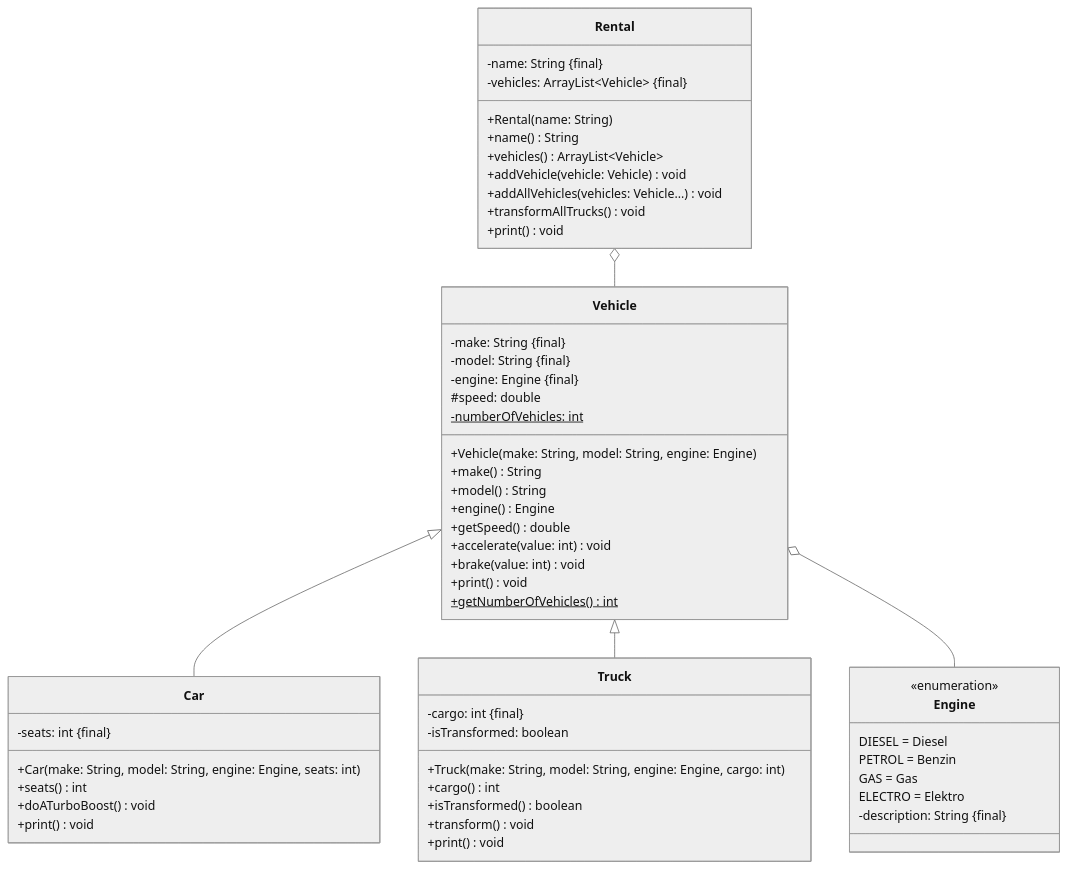
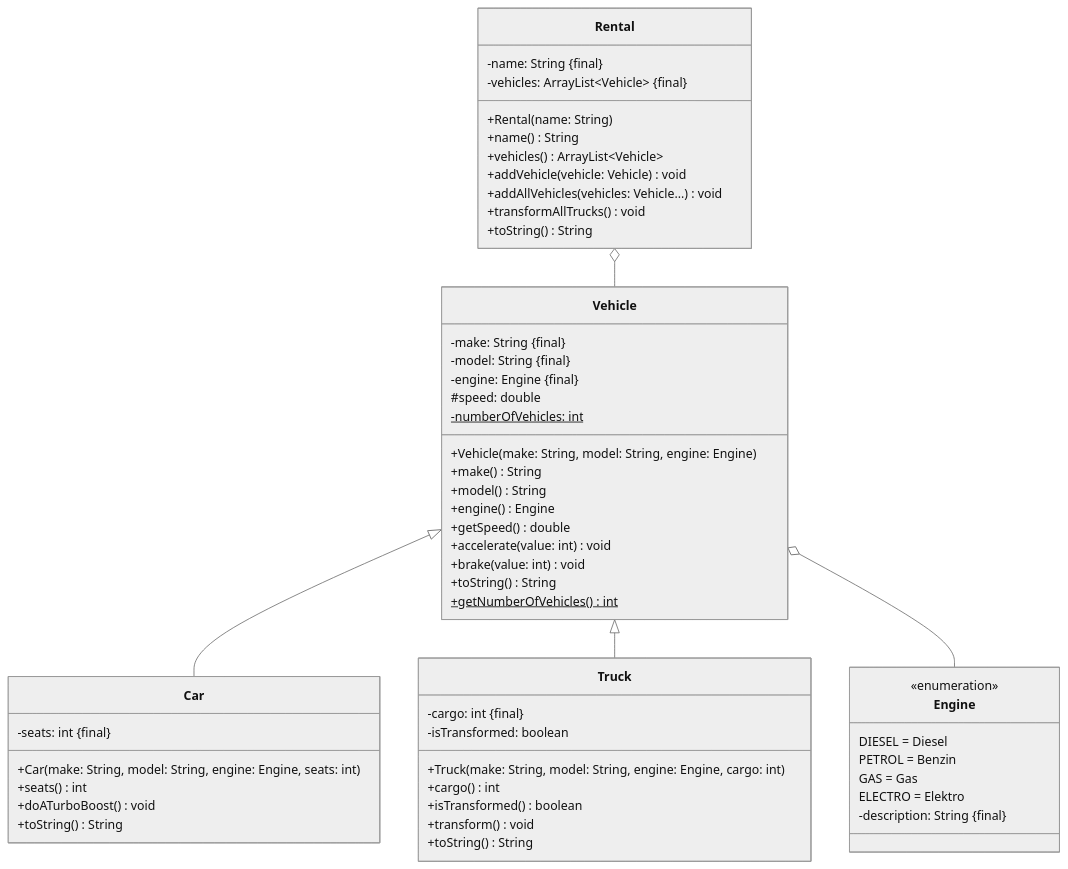
Before and after one commit to jappuccini/java-docs: the diagram in docs/exercises/polymorphy/polymorphy03.mdx, drawn with Mermaid (neutral theme). The commit also changed 14 other files, not shown here.

````diff
--- a/docs/exercises/polymorphy/polymorphy03.mdx
+++ b/docs/exercises/polymorphy/polymorphy03.mdx
@@ -15,63 +15,63 @@
 ```mermaid
 classDiagram
     Vehicle <|-- Car
     Vehicle <|-- Truck
     Vehicle o-- Engine
     Rental o-- Vehicle
 
     class Vehicle {
         -make: String &#123final&#125
         -model: String &#123final&#125
         -engine: Engine &#123final&#125
         #speed: double
         -numberOfVehicles: int$
         +Vehicle(make: String, model: String, engine: Engine)
         +make() String
         +model() String
         +engine() Engine
         +getSpeed() double
         +accelerate(value: int) void
         +brake(value: int) void
-        +print() void
+        +toString() String
         +getNumberOfVehicles()$ int
     }
 
     class Engine {
         <<enumeration>>
         DIESEL = Diesel
         PETROL = Benzin
         GAS = Gas
         ELECTRO = Elektro
         -description: String &#123final&#125
     }
 
     class Car {
         -seats: int &#123final&#125
         +Car(make: String, model: String, engine: Engine, seats: int)
         +seats() int
         +doATurboBoost() void
-        +print() void
+        +toString() String
     }
 
     class Truck {
         -cargo: int &#123final&#125
         -isTransformed: boolean
         +Truck(make: String, model: String, engine: Engine, cargo: int)
         +cargo() int
         +isTransformed() boolean
         +transform() void
-        +print() void
+        +toString() String
     }
 
     class Rental {
         -name: String &#123final&#125
         -vehicles: ArrayList~Vehicle~ &#123final&#125
         +Rental(name: String)
         +name() String
         +vehicles() ArrayList~Vehicle~
         +addVehicle(vehicle: Vehicle) void
         +addAllVehicles(vehicles: Vehicle...) void
         +transformAllTrucks() void
-        +print() void
+        +toString() String
     }
 ```
````
